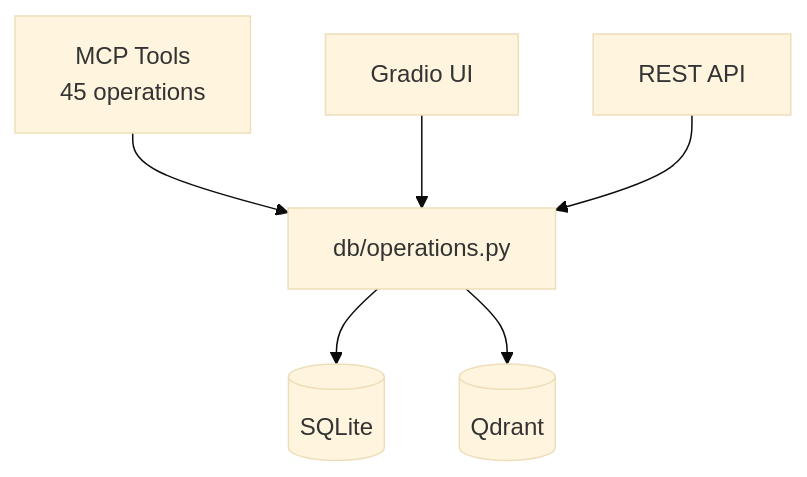
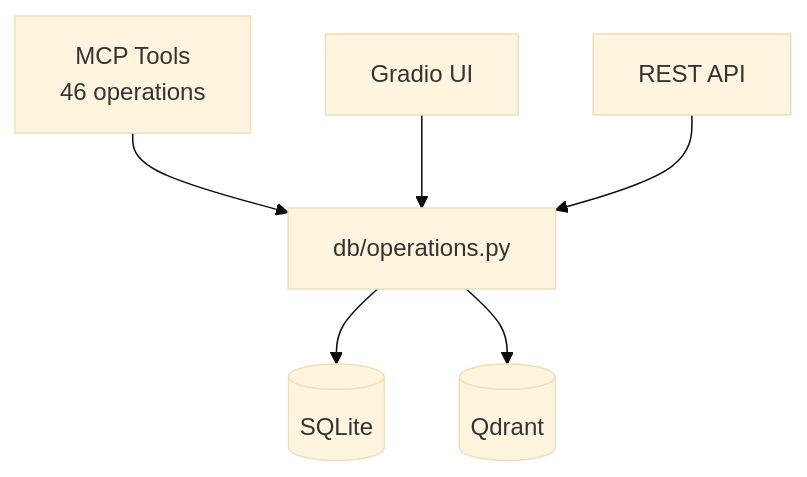
The second of 2 diagrams in README.md (janat-llc/janatpmp), drawn with Mermaid (base theme) before and after one commit. The commit also changed other lines of this file and 15 other files, not shown here.

````diff
--- a/README.md
+++ b/README.md
@@ -38,8 +39,8 @@
 ```mermaid
 graph TB
-    MCP[MCP Tools<br/>45 operations] --> DB[db/operations.py]
+    MCP[MCP Tools<br/>46 operations] --> DB[db/operations.py]
     UI[Gradio UI] --> DB
     API[REST API] --> DB
     DB --> SQLite[(SQLite)]
     DB --> Qdrant[(Qdrant)]
 ```
````
